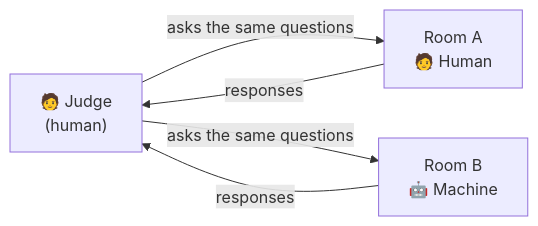
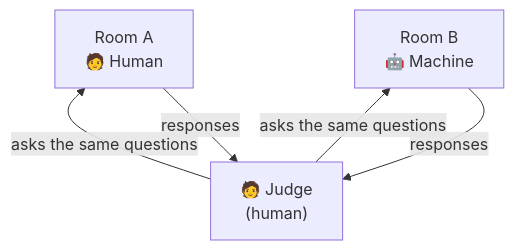
One commit to ram-mandal/namaste-ai-notes changed the first of 3 diagrams in season-1-inside-the-mind-of-ai/episode-02-the-evolution-of-ai.md. Above: the diagram before and after it, drawn with Mermaid. The commit also changed other lines of this file and 1 other file, not shown here.

````diff
--- a/season-1-inside-the-mind-of-ai/episode-02-the-evolution-of-ai.md
+++ b/season-1-inside-the-mind-of-ai/episode-02-the-evolution-of-ai.md
@@ -76,10 +76,10 @@
 ```mermaid
-flowchart LR
+flowchart BT
     J["🧑 Judge<br/>(human)"]
     RA["Room A<br/>🧑 Human"]
     RB["Room B<br/>🤖 Machine"]
     J -- "asks the same questions" --> RA
     J -- "asks the same questions" --> RB
     RA -- "responses" --> J
     RB -- "responses" --> J
 ```
````
